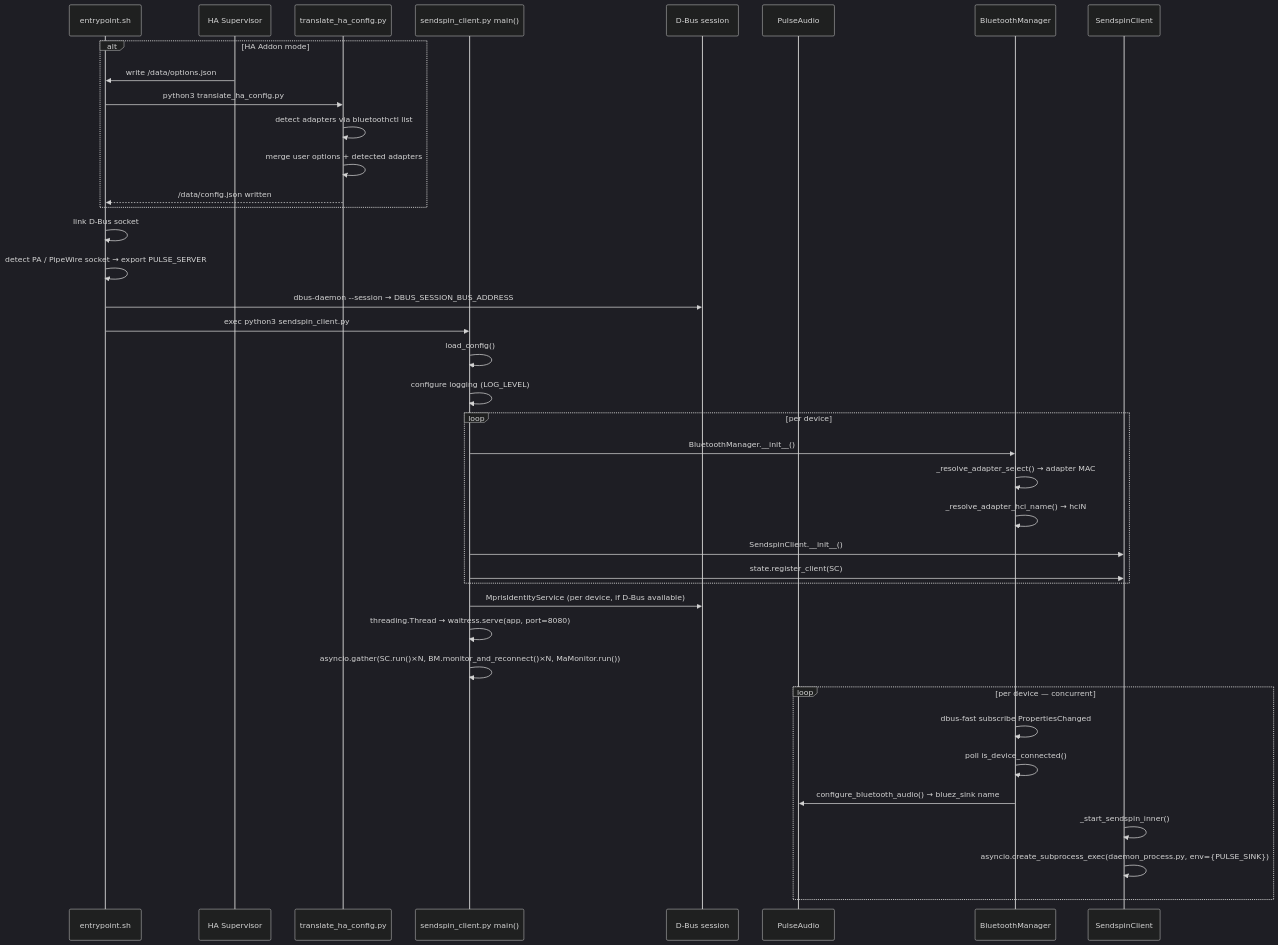
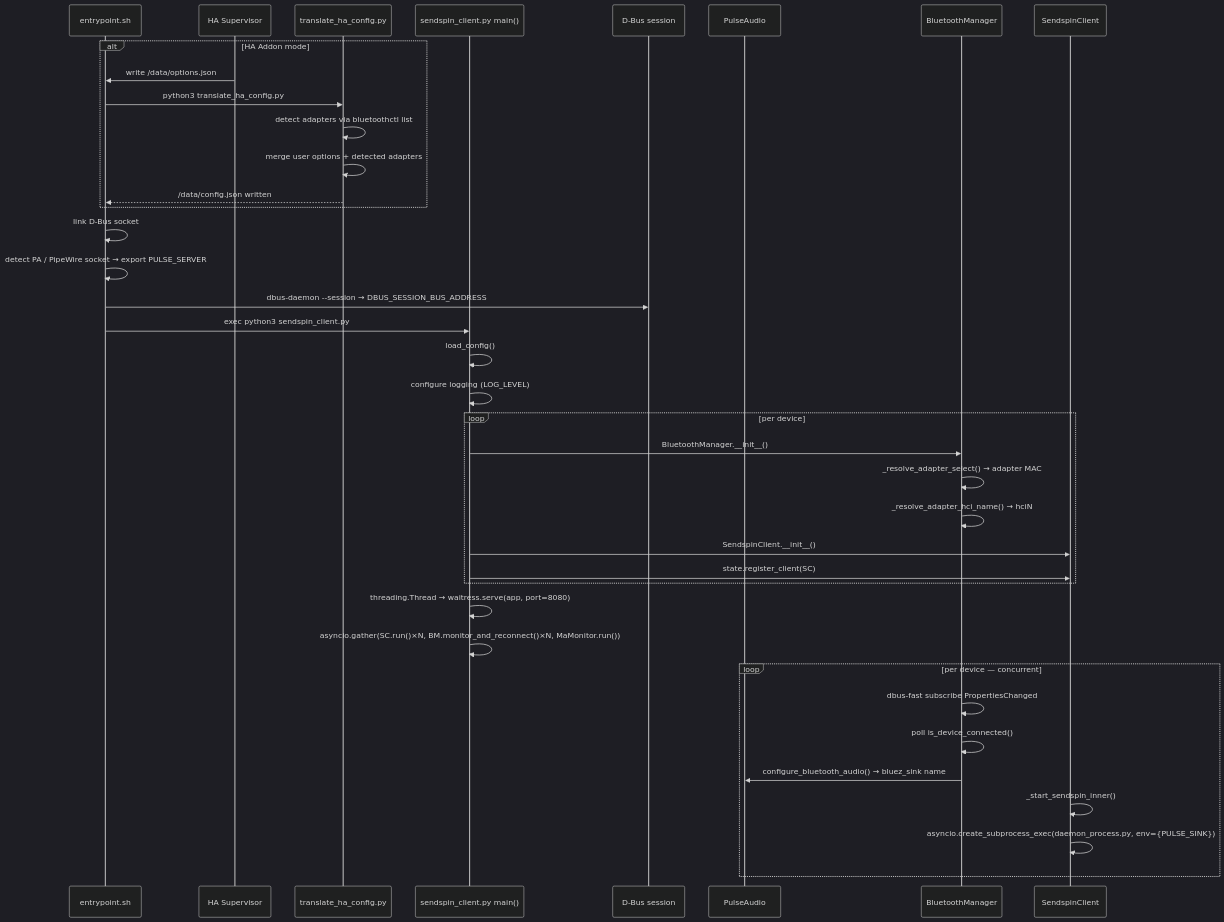
Before and after one commit to trudenboy/sendspin-bt-bridge: diagram 15 of 20 in docs-site/src/content/docs/architecture.md, drawn with Mermaid (dark theme). The commit also changed other lines of this file and 15 other files, not shown here.

````diff
--- a/docs-site/src/content/docs/architecture.md
+++ b/docs-site/src/content/docs/architecture.md
@@ -559,47 +558,46 @@
 ```mermaid
 sequenceDiagram
     participant SH as entrypoint.sh
     participant HA as HA Supervisor
     participant TR as translate_ha_config.py
     participant PY as sendspin_client.py main()
     participant DB as D-Bus session
     participant PA as PulseAudio
     participant BM as BluetoothManager
     participant SC as SendspinClient
 
     alt HA Addon mode
         HA->>SH: write /data/options.json
         SH->>TR: python3 translate_ha_config.py
         TR->>TR: detect adapters via bluetoothctl list
         TR->>TR: merge user options + detected adapters
         TR-->>SH: /data/config.json written
     end
 
     SH->>SH: link D-Bus socket
     SH->>SH: detect PA / PipeWire socket → export PULSE_SERVER
     SH->>DB: dbus-daemon --session → DBUS_SESSION_BUS_ADDRESS
 
     SH->>PY: exec python3 sendspin_client.py
     PY->>PY: load_config()
     PY->>PY: configure logging (LOG_LEVEL)
 
     loop per device
         PY->>BM: BluetoothManager.__init__()
         BM->>BM: _resolve_adapter_select() → adapter MAC
         BM->>BM: _resolve_adapter_hci_name() → hciN
         PY->>SC: SendspinClient.__init__()
         PY->>SC: state.register_client(SC)
     end
 
-    PY->>DB: MprisIdentityService (per device, if D-Bus available)
     PY->>PY: threading.Thread → waitress.serve(app, port=8080)
     PY->>PY: asyncio.gather(SC.run()×N, BM.monitor_and_reconnect()×N, MaMonitor.run())
 
     loop per device — concurrent
         BM->>BM: dbus-fast subscribe PropertiesChanged
         BM->>BM: poll is_device_connected()
         BM->>PA: configure_bluetooth_audio() → bluez_sink name
         SC->>SC: _start_sendspin_inner()
         SC->>SC: asyncio.create_subprocess_exec(daemon_process.py, env={PULSE_SINK})
     end
 ```
````
